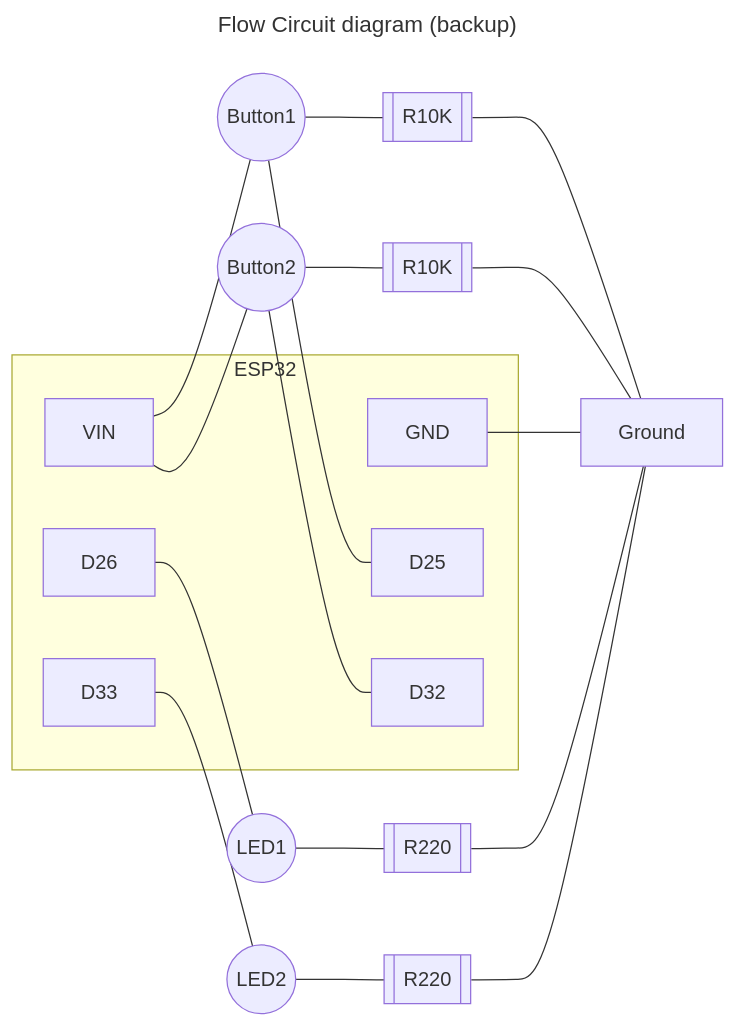
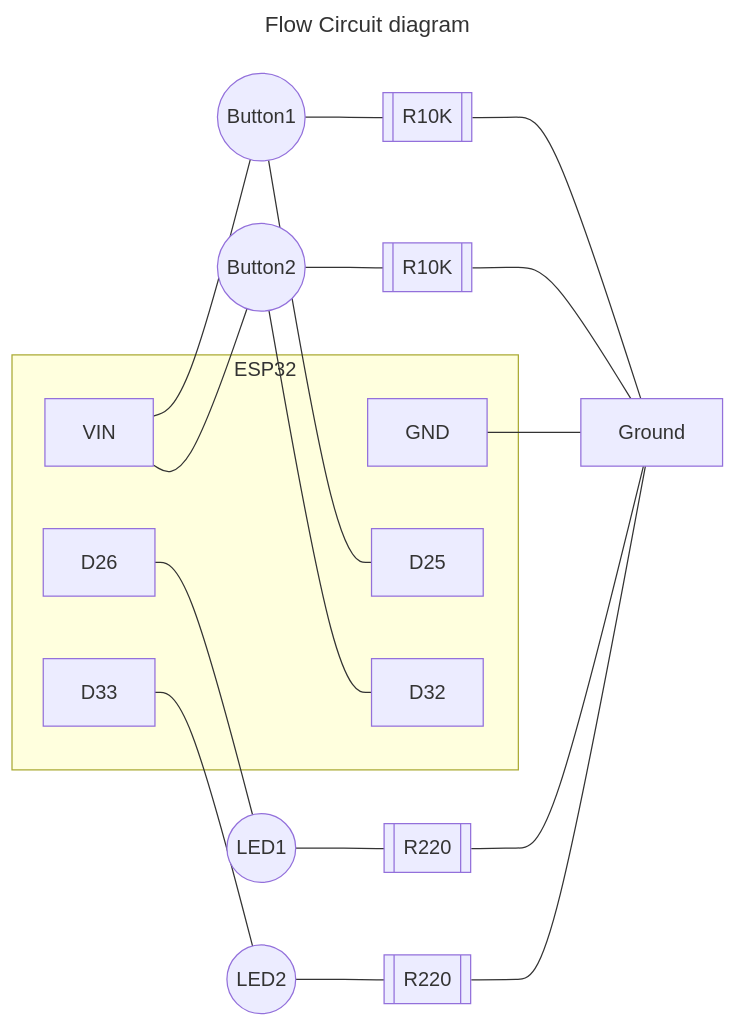
The diagram in TwoButtonInput/README.md (ddwheele/esp32-home-projects), drawn with Mermaid before and after one commit. The commit also changed other lines of this file, not shown here.

Commit message:
remove block diagram

````diff
--- a/TwoButtonInput/README.md
+++ b/TwoButtonInput/README.md
@@ -71,31 +10,31 @@
 ```mermaid
 ---
-title: Flow Circuit diagram (backup)
+title: Flow Circuit diagram
 ---
 
 graph LR
 	subgraph ESP32
 	VIN
 	GND
 	D25
 	D26
 	D32
 	D33
 	end
 	GND --- Ground
 	B1((Button1))
 	B2((Button2))
 	R1_10K[[R10K]]
 	R1_220[[R220]]
 	R2_10K[[R10K]]
 	R2_220[[R220]]
 	L1((LED1))
 	L2((LED2))
 	VIN --- B1 --- R1_10K --- Ground
 	B1 --- D25
 	D26 --- L1 --- R1_220 --- Ground
 
 	VIN --- B2 --- R2_10K --- Ground
 	B2 --- D32
 	D33 --- L2 --- R2_220 --- Ground
 ```
````
